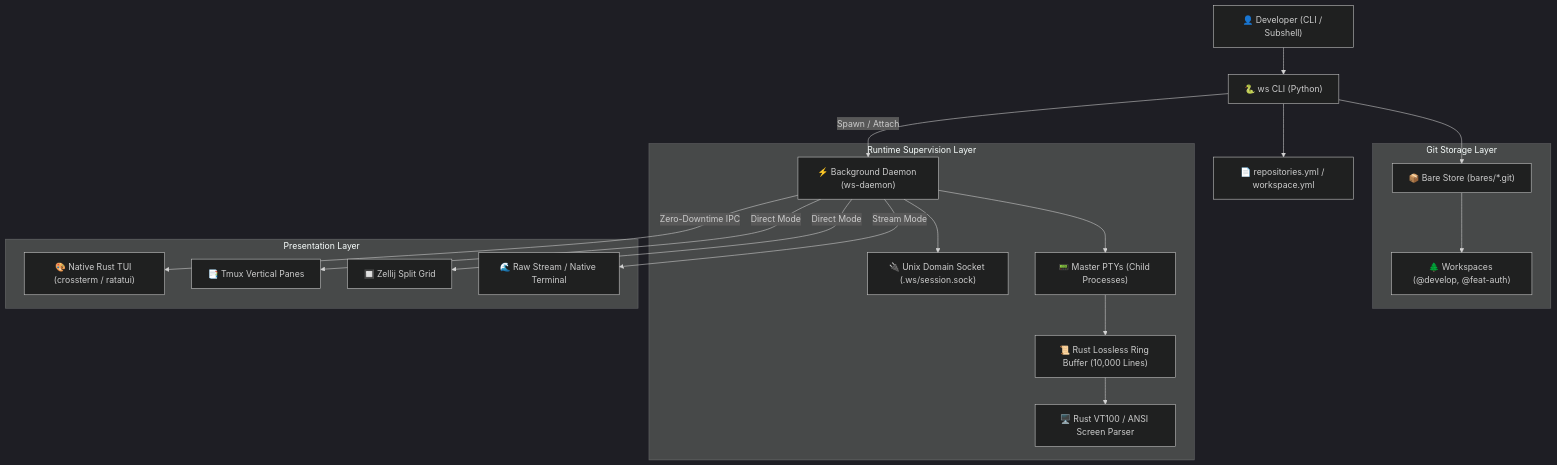
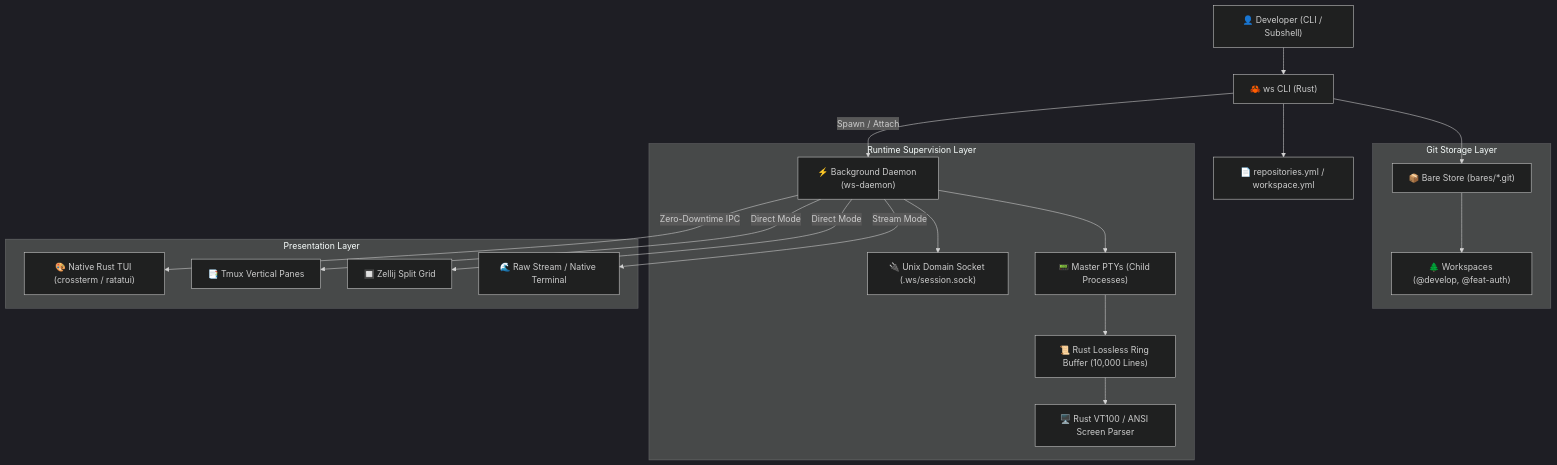
The first of 2 diagrams in docs/architecture.md (franckKyete/ws-manager), drawn with Mermaid (dark theme) before and after one commit. The commit also changed other lines of this file and 100 other files, not shown here.

````diff
--- a/docs/architecture.md
+++ b/docs/architecture.md
@@ -9,42 +9,42 @@
 ```mermaid
 graph TD
     User["👤 Developer (CLI / Subshell)"]
-    CLI["🐍 ws CLI (Python)"]
+    CLI["🦀 ws CLI (Rust)"]
     Config["📄 repositories.yml / workspace.yml"]
 
     subgraph "Git Storage Layer"
         BareStore["📦 Bare Store (bares/*.git)"]
         Worktrees["🌲 Workspaces (@develop, @feat-auth)"]
     end
 
     subgraph "Runtime Supervision Layer"
         Daemon["⚡ Background Daemon (ws-daemon)"]
         UnixSock["🔌 Unix Domain Socket (.ws/session.sock)"]
         PTY["📟 Master PTYs (Child Processes)"]
         RingBuffer["📜 Rust Lossless Ring Buffer (10,000 Lines)"]
         VT100["🖥️ Rust VT100 / ANSI Screen Parser"]
     end
 
     subgraph "Presentation Layer"
         TUI["🎨 Native Rust TUI (crossterm / ratatui)"]
         Tmux["📑 Tmux Vertical Panes"]
         Zellij["🔲 Zellij Split Grid"]
         Stream["🌊 Raw Stream / Native Terminal"]
     end
 
     User --> CLI
     CLI --> Config
     CLI --> BareStore
     BareStore --> Worktrees
 
     CLI -->|Spawn / Attach| Daemon
     Daemon --> UnixSock
     Daemon --> PTY
     PTY --> RingBuffer
     RingBuffer --> VT100
 
     Daemon -->|Zero-Downtime IPC| TUI
     Daemon -->|Direct Mode| Tmux
     Daemon -->|Direct Mode| Zellij
     Daemon -->|Stream Mode| Stream
 ```
````
